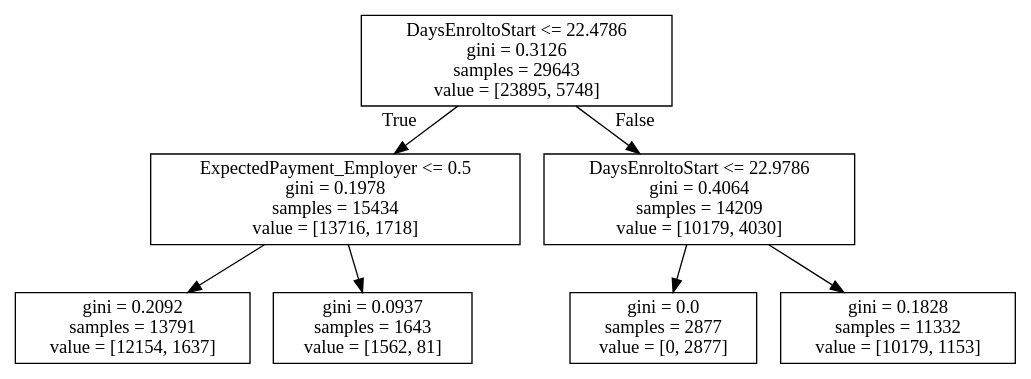
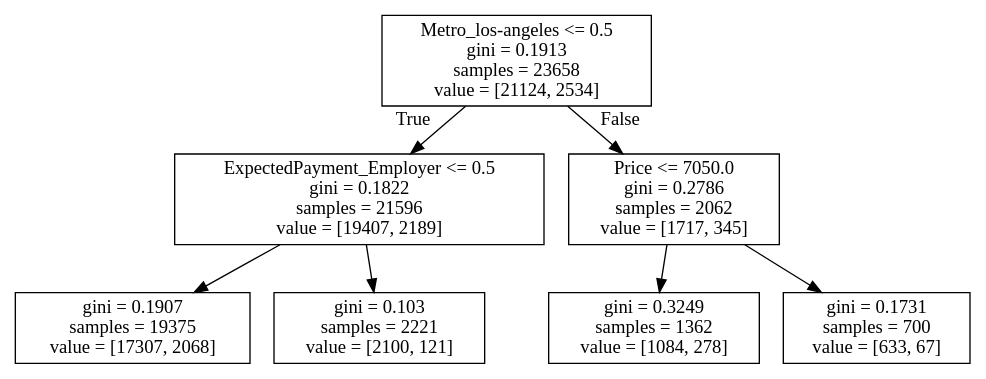
The diagram in decisiontree.dot (mikaelasquirchuk/dat8syd-project), drawn with Graphviz before and after one commit. The commit also changed 3 other files, not shown here.

```diff
--- a/decisiontree.dot
+++ b/decisiontree.dot
@@ -1,16 +1,16 @@
 digraph Tree {
 node [shape=box] ;
-0 [label="DaysEnroltoStart <= 22.4786\ngini = 0.3126\nsamples = 29643\nvalue = [23895, 5748]"] ;
-1 [label="ExpectedPayment_Employer <= 0.5\ngini = 0.1978\nsamples = 15434\nvalue = [13716, 1718]"] ;
+0 [label="Metro_los-angeles <= 0.5\ngini = 0.1913\nsamples = 23658\nvalue = [21124, 2534]"] ;
+1 [label="ExpectedPayment_Employer <= 0.5\ngini = 0.1822\nsamples = 21596\nvalue = [19407, 2189]"] ;
 0 -> 1 [labeldistance=2.5, labelangle=45, headlabel="True"] ;
-2 [label="gini = 0.2092\nsamples = 13791\nvalue = [12154, 1637]"] ;
+2 [label="gini = 0.1907\nsamples = 19375\nvalue = [17307, 2068]"] ;
 1 -> 2 ;
-3 [label="gini = 0.0937\nsamples = 1643\nvalue = [1562, 81]"] ;
+3 [label="gini = 0.103\nsamples = 2221\nvalue = [2100, 121]"] ;
 1 -> 3 ;
-4 [label="DaysEnroltoStart <= 22.9786\ngini = 0.4064\nsamples = 14209\nvalue = [10179, 4030]"] ;
+4 [label="Price <= 7050.0\ngini = 0.2786\nsamples = 2062\nvalue = [1717, 345]"] ;
 0 -> 4 [labeldistance=2.5, labelangle=-45, headlabel="False"] ;
-5 [label="gini = 0.0\nsamples = 2877\nvalue = [0, 2877]"] ;
+5 [label="gini = 0.3249\nsamples = 1362\nvalue = [1084, 278]"] ;
 4 -> 5 ;
-6 [label="gini = 0.1828\nsamples = 11332\nvalue = [10179, 1153]"] ;
+6 [label="gini = 0.1731\nsamples = 700\nvalue = [633, 67]"] ;
 4 -> 6 ;
 }
```
